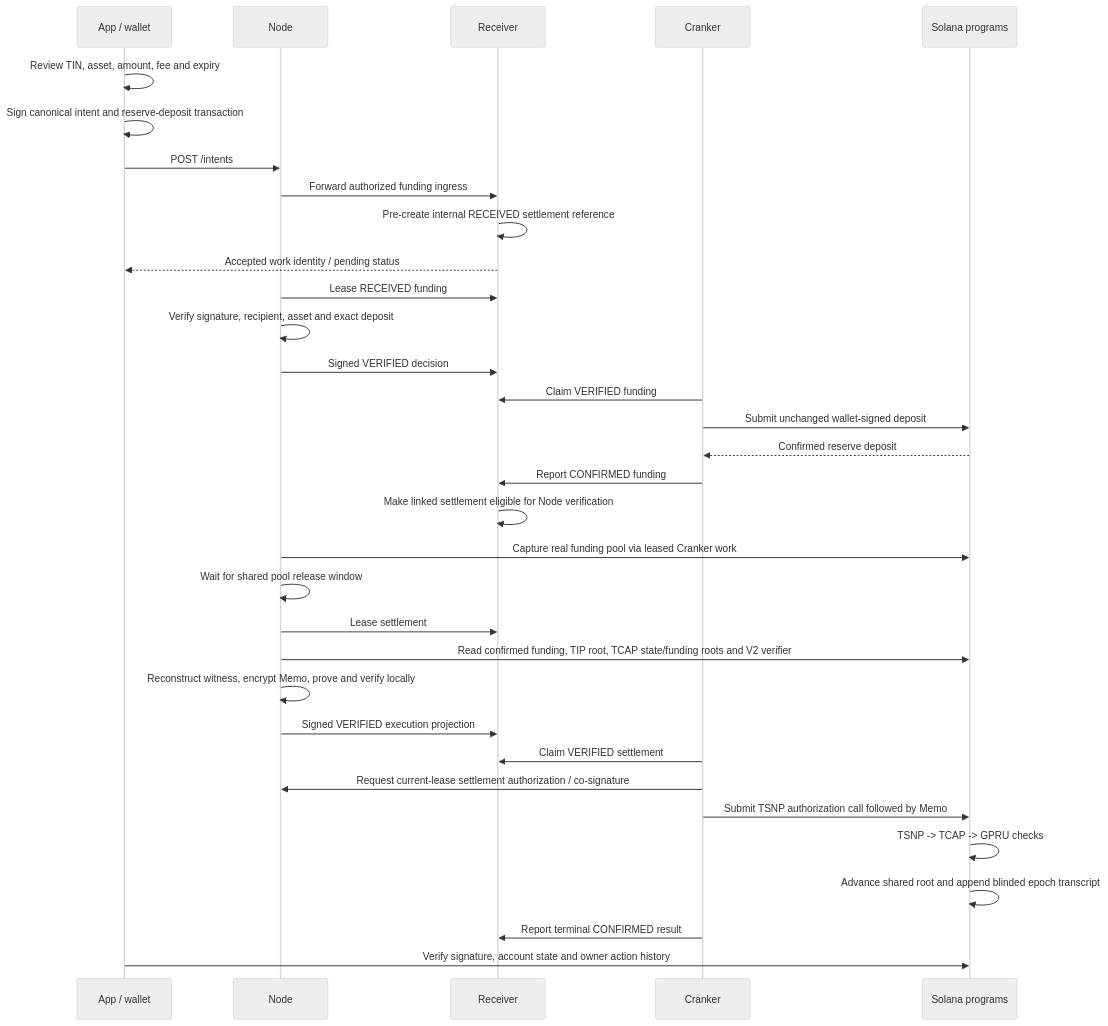
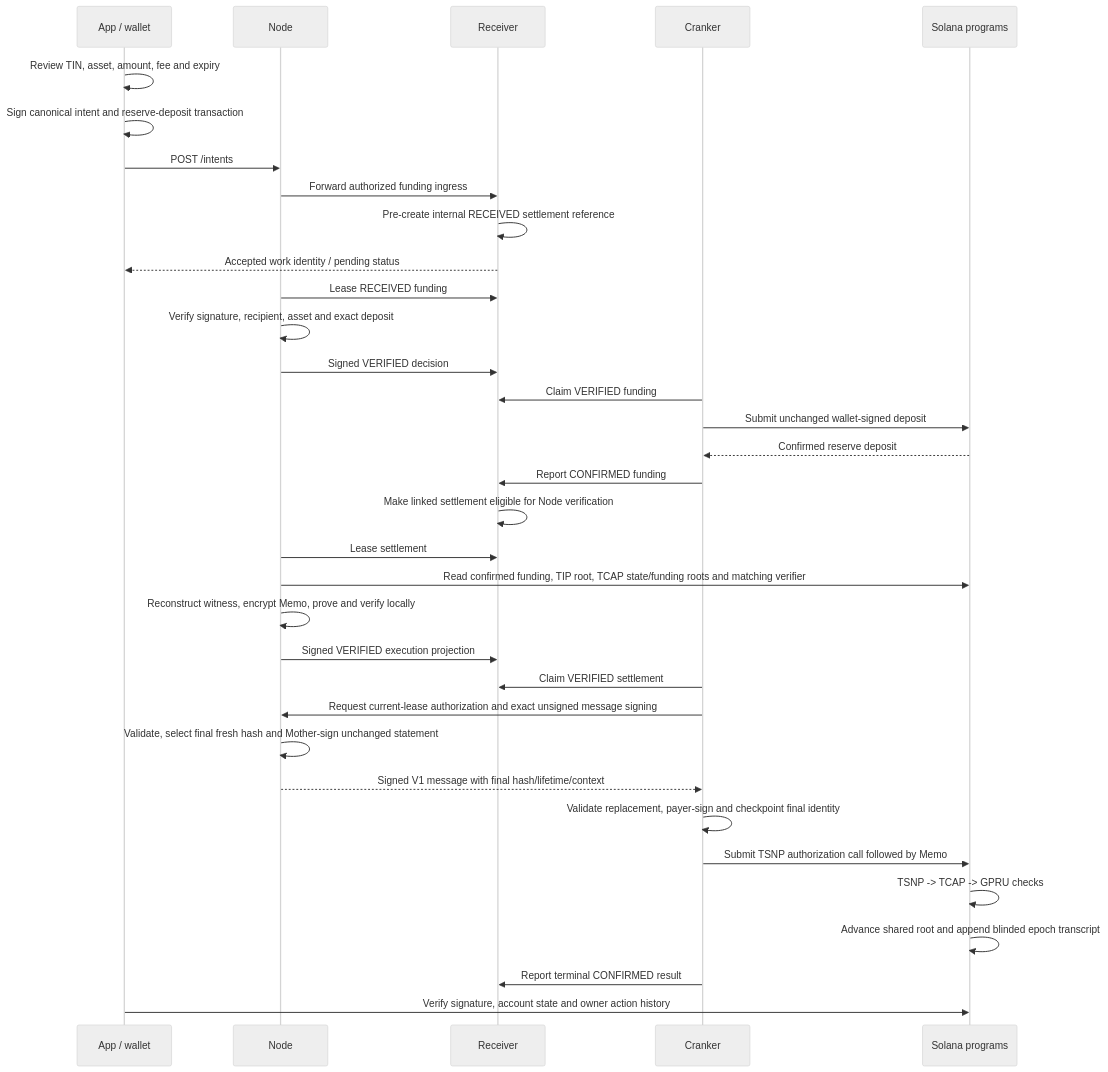
The second of 2 diagrams in docs/laboratory/architecture-map.md (bigdreamsweb3/trustlink-pay), drawn with Mermaid (neutral theme) before and after one commit. The commit also changed other lines of this file and 1509 other files, not shown here.

````diff
--- a/docs/laboratory/architecture-map.md
+++ b/docs/laboratory/architecture-map.md
@@ -41,35 +41,36 @@
 ```mermaid
 sequenceDiagram
   participant A as App / wallet
   participant N as Node
   participant R as Receiver
   participant C as Cranker
   participant P as Solana programs
   A->>A: Review TIN, asset, amount, fee and expiry
   A->>A: Sign canonical intent and reserve-deposit transaction
   A->>N: POST /intents
   N->>R: Forward authorized funding ingress
   R->>R: Pre-create internal RECEIVED settlement reference
   R-->>A: Accepted work identity / pending status
   N->>R: Lease RECEIVED funding
   N->>N: Verify signature, recipient, asset and exact deposit
   N->>R: Signed VERIFIED decision
   C->>R: Claim VERIFIED funding
   C->>P: Submit unchanged wallet-signed deposit
   P-->>C: Confirmed reserve deposit
   C->>R: Report CONFIRMED funding
   R->>R: Make linked settlement eligible for Node verification
-  N->>P: Capture real funding pool via leased Cranker work
-  N->>N: Wait for shared pool release window
   N->>R: Lease settlement
-  N->>P: Read confirmed funding, TIP root, TCAP state/funding roots and V2 verifier
+  N->>P: Read confirmed funding, TIP root, TCAP state/funding roots and matching verifier
   N->>N: Reconstruct witness, encrypt Memo, prove and verify locally
   N->>R: Signed VERIFIED execution projection
   C->>R: Claim VERIFIED settlement
-  C->>N: Request current-lease settlement authorization / co-signature
+  C->>N: Request current-lease authorization and exact unsigned message signing
+  N->>N: Validate, select final fresh hash and Mother-sign unchanged statement
+  N-->>C: Signed V1 message with final hash/lifetime/context
+  C->>C: Validate replacement, payer-sign and checkpoint final identity
   C->>P: Submit TSNP authorization call followed by Memo
   P->>P: TSNP -> TCAP -> GPRU checks
   P->>P: Advance shared root and append blinded epoch transcript
   C->>R: Report terminal CONFIRMED result
   A->>P: Verify signature, account state and owner action history
 ```
````
